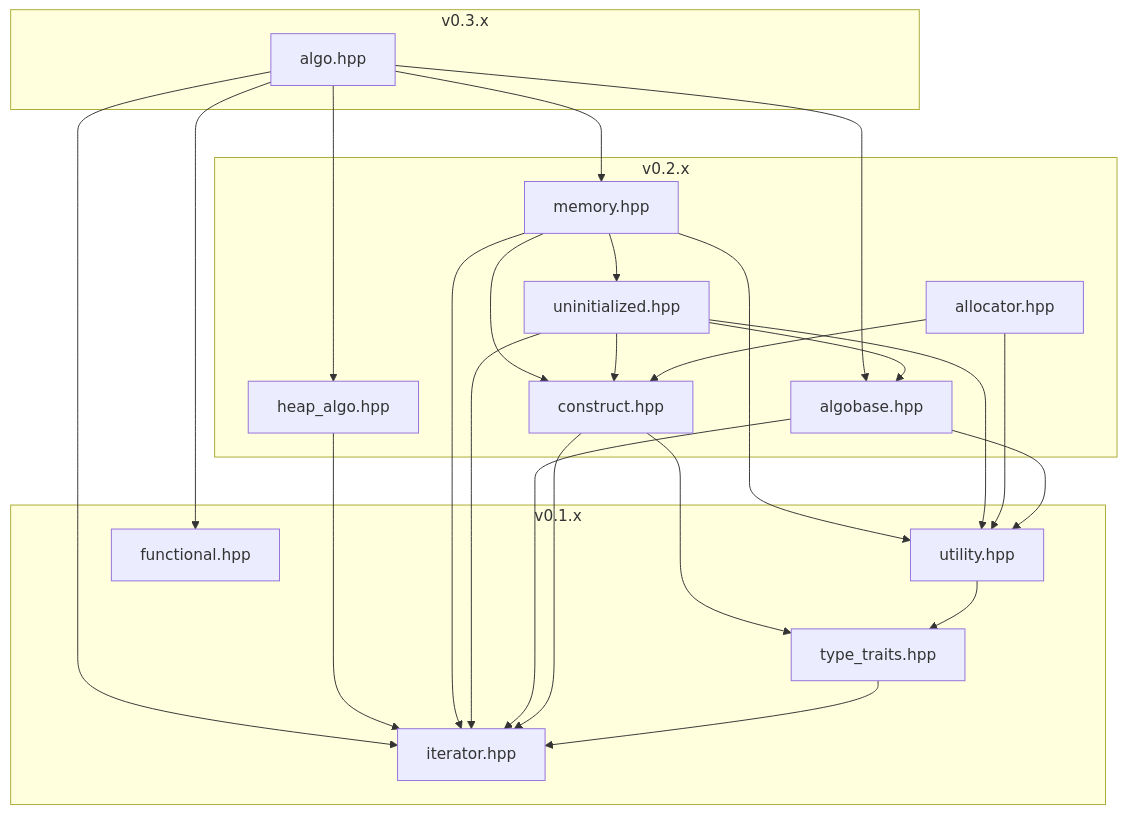
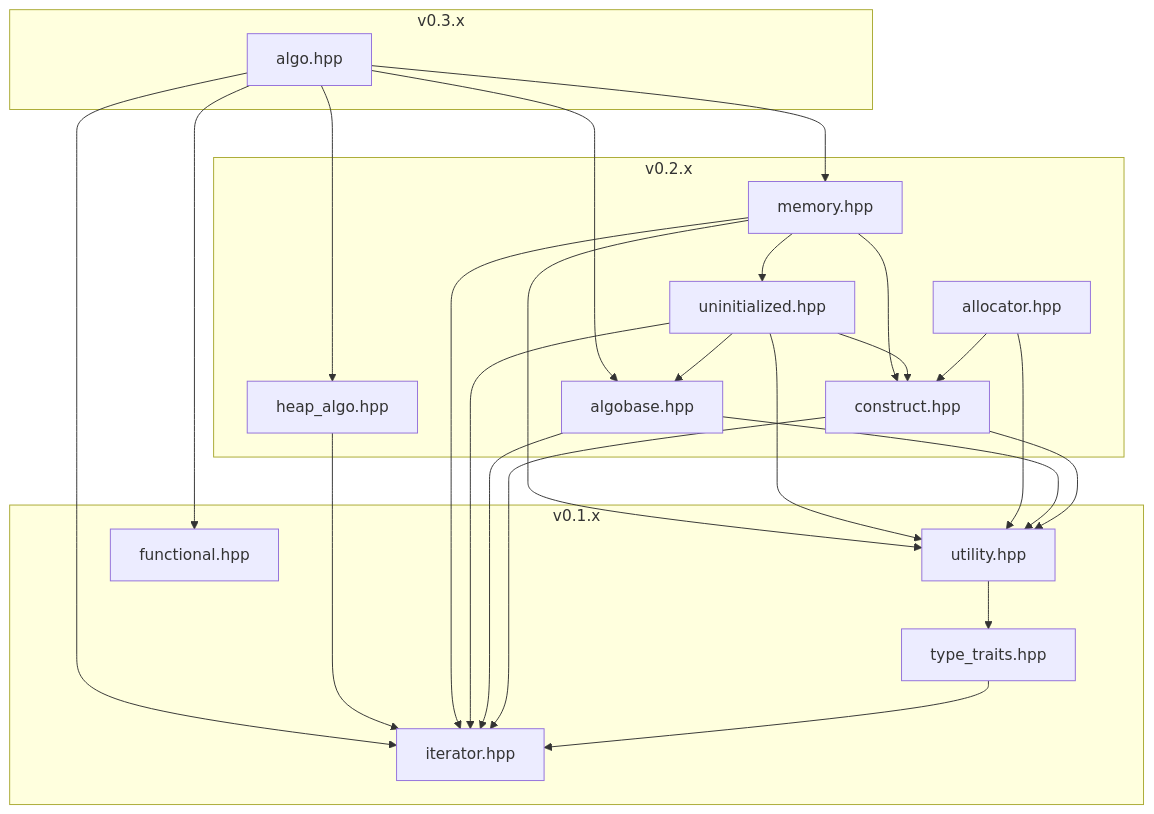
The first of 11 diagrams in README.md (LiuYuan-SHU/tiny_stl), drawn with Mermaid before and after one commit. The commit also changed 1 other file, not shown here.

Commit message:
README.md: update dependency graph

````diff
--- a/README.md
+++ b/README.md
@@ -90,33 +90,33 @@
 ```mermaid
 flowchart TD
 
 subgraph v0.1.x
   iterator[iterator.hpp]
   type_traits[type_traits.hpp]
   utility[utility.hpp]
   functional[functional.hpp]
 end
 
 subgraph v0.2.x
   construct[construct.hpp]
   algobase[algobase.hpp]
   allocator[allocator.hpp]
   uninitialized[uninitialized.hpp]
   memory[memory.hpp]
   heap_algo[heap_algo.hpp]
 end
 
 subgraph v0.3.x
   algo[algo.hpp]
 end
 
 type_traits --> iterator
 utility --> type_traits
-construct --> iterator & type_traits
+construct --> iterator & utility 
 algobase --> utility & iterator
 allocator --> construct & utility
 uninitialized --> algobase & construct & iterator & utility
 memory --> construct & iterator & uninitialized & utility
 heap_algo --> iterator
 algo --> algobase & functional & heap_algo & iterator & memory
 ```
````
